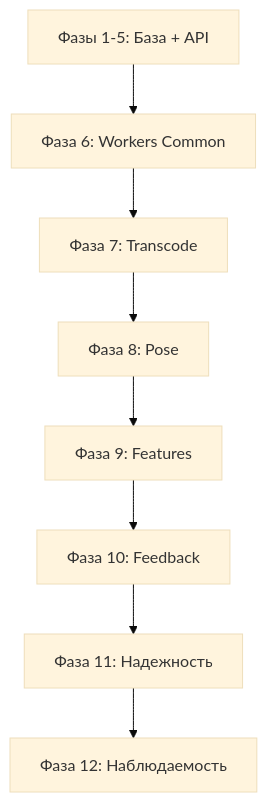
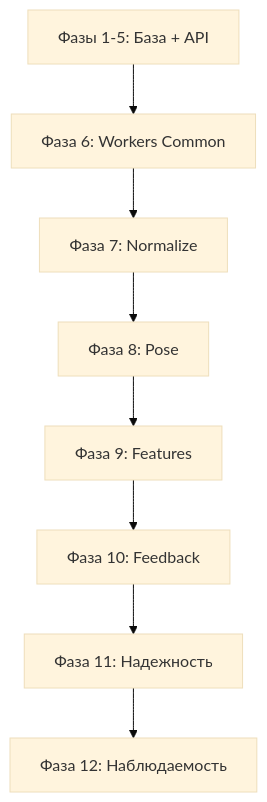
Before and after one commit to VladimirDjakov/snowboard-app: the diagram in docs/dev/developer_plan2.md, drawn with Mermaid (base theme). The commit also changed other lines of this file and 8 other files, not shown here.

````diff
--- a/docs/dev/developer_plan2.md
+++ b/docs/dev/developer_plan2.md
@@ -410,10 +410,10 @@
 ```mermaid
 graph TD
     API[Фазы 1-5: База + API] --> Common[Фаза 6: Workers Common]
-    Common --> Transcode[Фаза 7: Transcode]
-    Transcode --> Pose[Фаза 8: Pose]
+    Common --> Normalize[Фаза 7: Normalize]
+    Normalize --> Pose[Фаза 8: Pose]
     Pose --> Features[Фаза 9: Features]
     Features --> Feedback[Фаза 10: Feedback]
     Feedback --> Reliability[Фаза 11: Надежность]
     Reliability --> Observability[Фаза 12: Наблюдаемость]
 ```
````
